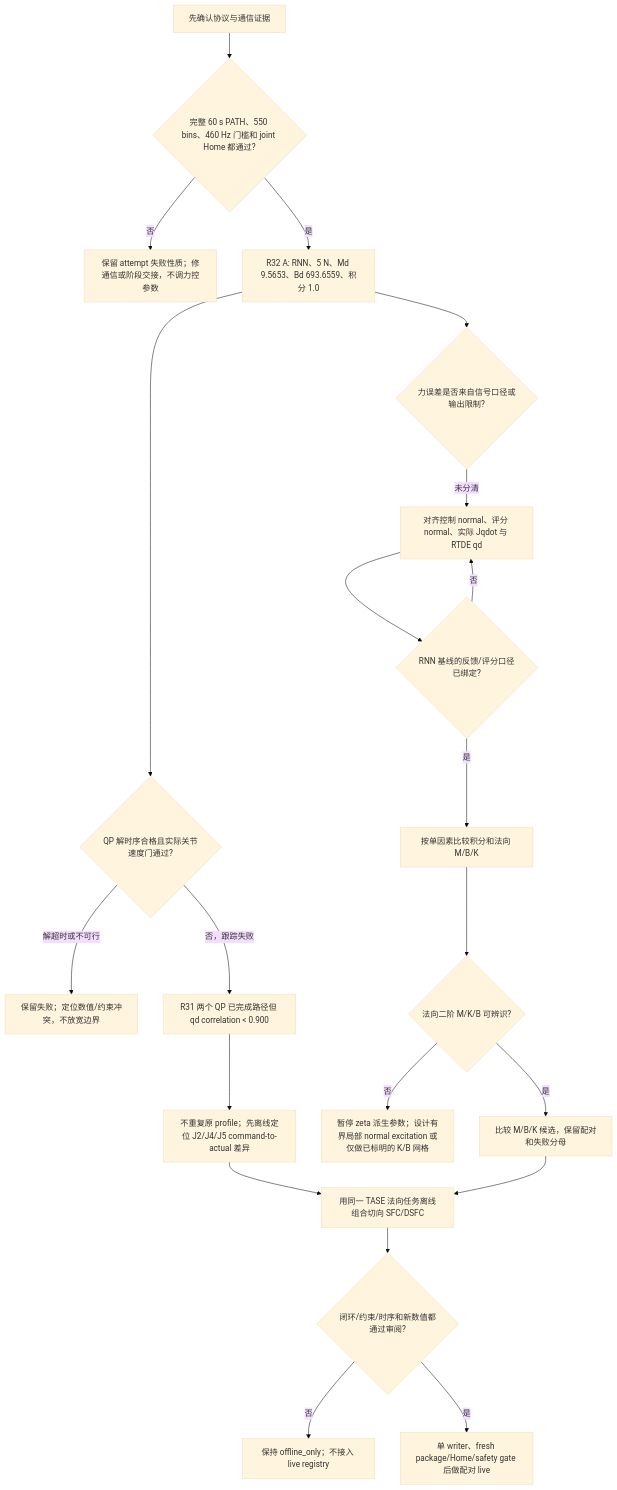
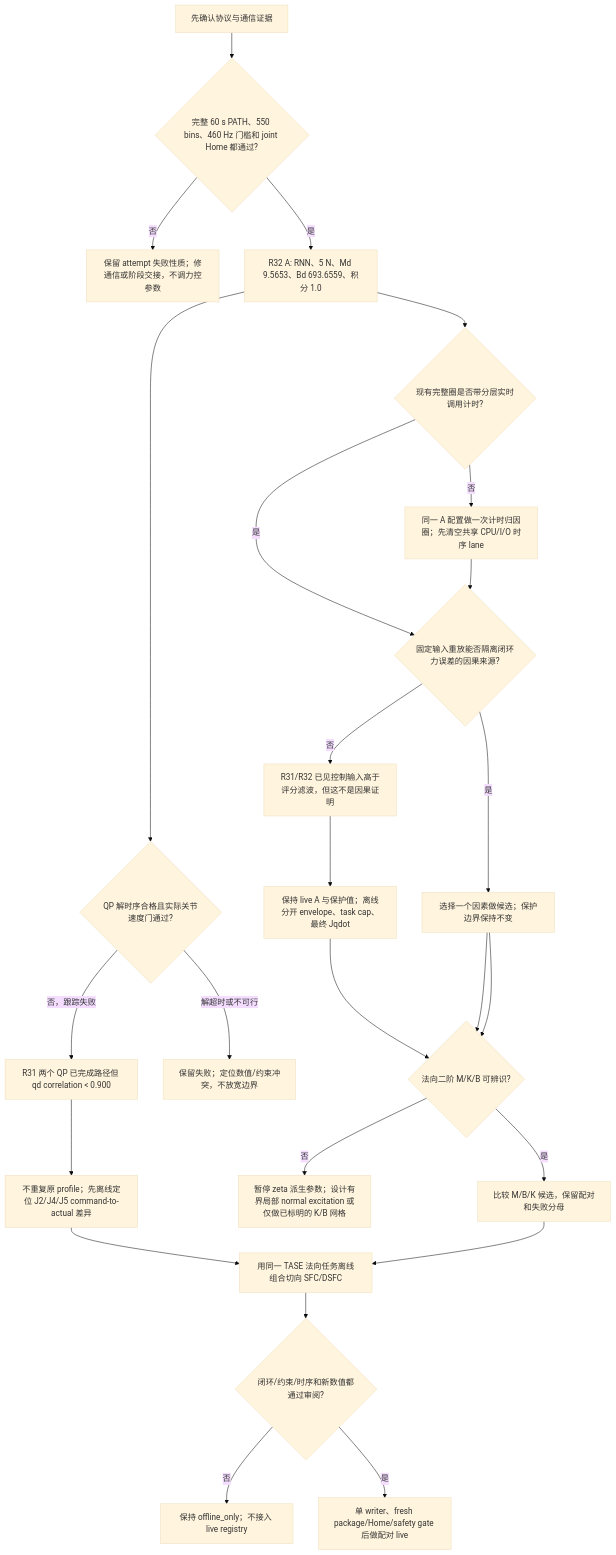
One commit to Mingdao007/UR10e-ubuntu2204 changed the diagram in experiments/tase-contact-reproduction/reports/tase_control_research_decision_tree_20260926.md. Above: the diagram before and after it, drawn with Mermaid (base theme). The commit also changed other lines of this file, not shown here.

Commit message:
docs(tase): update force and timing decision branches

````diff
--- a/experiments/tase-contact-reproduction/reports/tase_control_research_decision_tree_20260926.md
+++ b/experiments/tase-contact-reproduction/reports/tase_control_research_decision_tree_20260926.md
@@ -5,23 +5,27 @@
 ```mermaid
 flowchart TD
     A[先确认协议与通信证据] --> B{完整 60 s PATH、550 bins、460 Hz 门槛和 joint Home 都通过?}
     B -- 否 --> C[保留 attempt 失败性质；修通信或阶段交接，不调力控参数]
     B -- 是 --> D[R32 A: RNN、5 N、Md 9.5653、Bd 693.6559、积分 1.0]
-    D --> E{力误差是否来自信号口径或输出限制?}
-    E -- 未分清 --> F[对齐控制 normal、评分 normal、实际 Jqdot 与 RTDE qd]
-    F --> G{RNN 基线的反馈/评分口径已绑定?}
-    G -- 否 --> F
-    G -- 是 --> H[按单因素比较积分和法向 M/B/K]
+    D --> T{现有完整圈是否带分层实时调用计时?}
+    T -- 否 --> U[同一 A 配置做一次计时归因圈；先清空共享 CPU/I/O 时序 lane]
+    T -- 是 --> E{固定输入重放能否隔离闭环力误差的因果来源?}
+    U --> E
+    E -- 否 --> F[R31/R32 已见控制输入高于评分滤波，但这不是因果证明]
+    F --> G[保持 live A 与保护值；离线分开 envelope、task cap、最终 Jqdot]
+    E -- 是 --> H[选择一个因素做候选；保护边界保持不变]
+    G --> M{法向二阶 M/K/B 可辨识?}
+    H --> M
     D --> I{QP 解时序合格且实际关节速度门通过?}
     I -- 解超时或不可行 --> J[保留失败；定位数值/约束冲突，不放宽边界]
     I -- 否，跟踪失败 --> K[R31 两个 QP 已完成路径但 qd correlation < 0.900]
     K --> L[不重复原 profile；先离线定位 J2/J4/J5 command-to-actual 差异]
     H --> M{法向二阶 M/K/B 可辨识?}
     M -- 否 --> N[暂停 zeta 派生参数；设计有界局部 normal excitation 或仅做已标明的 K/B 网格]
     M -- 是 --> O[比较 M/B/K 候选，保留配对和失败分母]
     L --> P[用同一 TASE 法向任务离线组合切向 SFC/DSFC]
     P --> Q{闭环/约束/时序和新数值都通过审阅?}
     Q -- 否 --> R[保持 offline_only；不接入 live registry]
     Q -- 是 --> S[单 writer、fresh package/Home/safety gate 后做配对 live]
     O --> P
 ```
````
